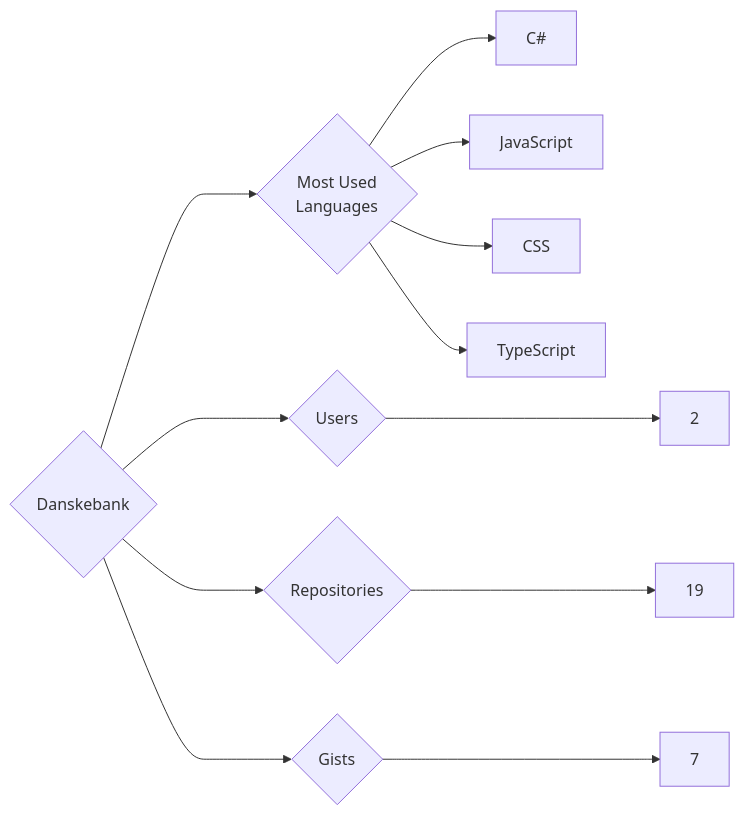
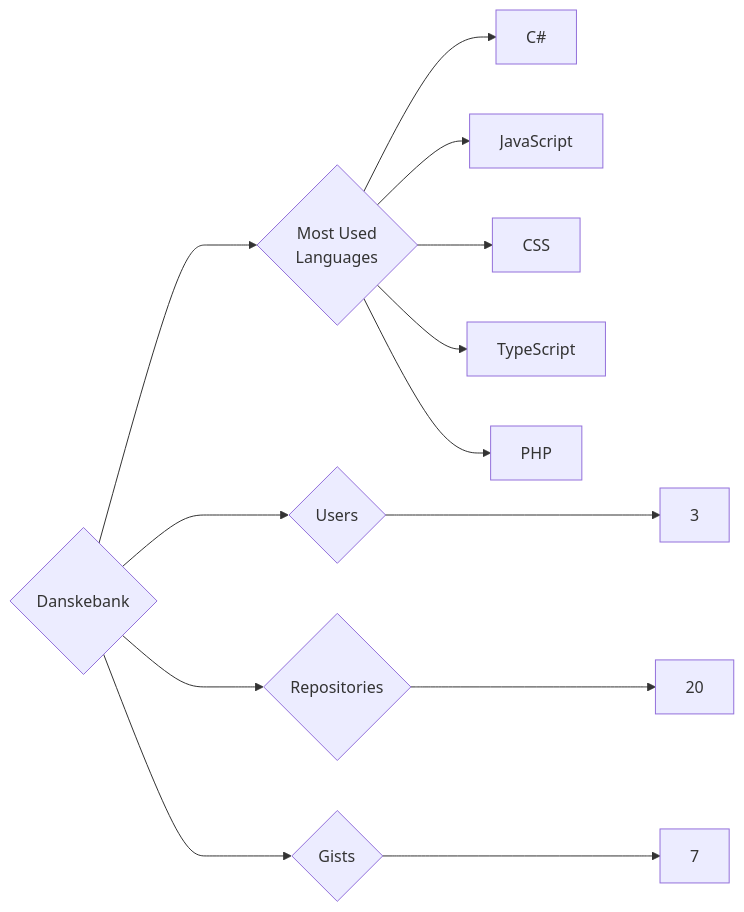
The diagram in targets/Danskebank/README.md (trickest/insiders), drawn with Mermaid before and after one commit. The commit also changed 611 other files, not shown here.

````diff
--- a/targets/Danskebank/README.md
+++ b/targets/Danskebank/README.md
@@ -3,12 +3,13 @@
 ```mermaid
 graph LR
 COMPANY_NAME{Danskebank}
-COMPANY_NAME ---> U{Users} ---> UN[2]
-COMPANY_NAME ---> R{Repositories} ---> RN[19]
+COMPANY_NAME ---> U{Users} ---> UN[3]
+COMPANY_NAME ---> R{Repositories} ---> RN[20]
 COMPANY_NAME ---> G{Gists} ---> GN[7]
 COMPANY_NAME ---> ML{Most Used<br>Languages}
 ML --> C#[C#]
 ML --> JavaScript[JavaScript]
 ML --> CSS[CSS]
 ML --> TypeScript[TypeScript]
+ML --> PHP[PHP]
 ```
````
